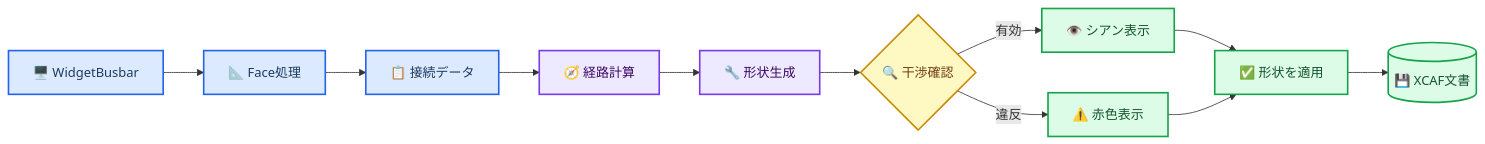
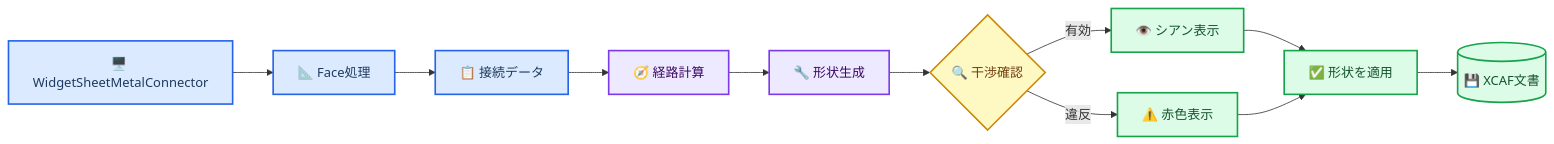
One commit to bezierC0/Qt_OCC changed the diagram in doc/JP/sheet_metal_connector_implementation_JP.md. Above: the diagram before and after it, drawn with Mermaid. The commit also changed other lines of this file and 25 other files, not shown here.

Commit message:
feat : sheet metal

````diff
--- a/doc/JP/sheet_metal_connector_implementation_JP.md
+++ b/doc/JP/sheet_metal_connector_implementation_JP.md
@@ -15,26 +15,26 @@
 ```mermaid
 flowchart LR
     accTitle: 板金コネクタ内部構成
     accDescr: 対話選択から経路計算、形状生成、干渉確認、プレビュー、XCAF登録までの主要データフロー
 
-    ui[🖥️ WidgetBusbar] --> face_geometry[📐 Face処理]
+    ui[🖥️ WidgetSheetMetalConnector] --> face_geometry[📐 Face処理]
     face_geometry --> model[📋 接続データ]
     model --> route_planner[🧭 経路計算]
     route_planner --> builder[🔧 形状生成]
     builder --> collision_checker{🔍 干渉確認}
     collision_checker -->|有効| preview[👁️ シアン表示]
     collision_checker -->|違反| warning[⚠️ 赤色表示]
     preview --> apply[✅ 形状を適用]
     warning --> apply
     apply --> xcaf[(💾 XCAF文書)]
 
     classDef input fill:#dbeafe,stroke:#2563eb,stroke-width:2px,color:#1e3a5f
     classDef geometry fill:#ede9fe,stroke:#7c3aed,stroke-width:2px,color:#3b0764
     classDef decision fill:#fef9c3,stroke:#ca8a04,stroke-width:2px,color:#713f12
     classDef output fill:#dcfce7,stroke:#16a34a,stroke-width:2px,color:#14532d
 
     class ui,face_geometry,model input
     class route_planner,builder geometry
     class collision_checker decision
     class preview,warning,apply,xcaf output
 ```
````
